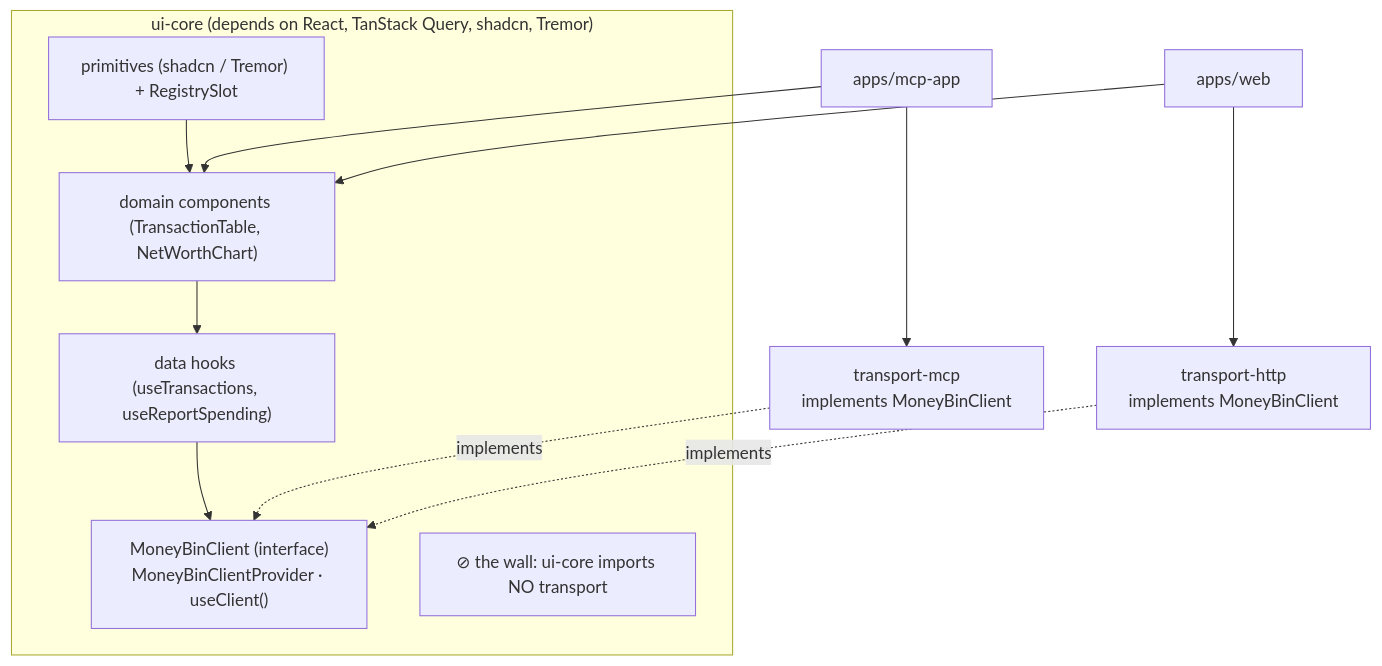
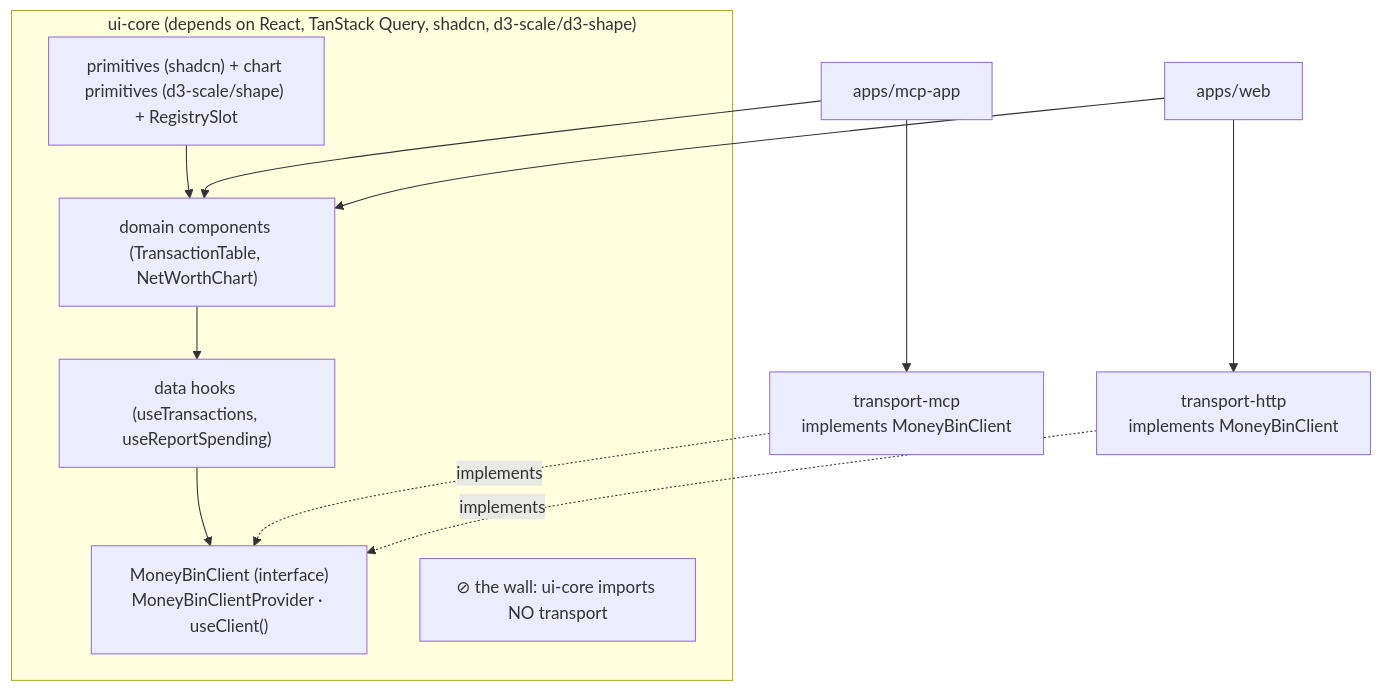
Before and after one commit to bsaffel/moneybin: the first of 3 diagrams in docs/specs/ui-architecture.md, drawn with Mermaid. The commit also changed other lines of this file and 4 other files, not shown here.

First line of the commit message:
Record house-SVG charting decision; drop Tremor from ADR-014 (#331)

````diff
--- a/docs/specs/ui-architecture.md
+++ b/docs/specs/ui-architecture.md
@@ -83,23 +83,23 @@
 ```mermaid
 flowchart TB
-    subgraph core["ui-core (depends on React, TanStack Query, shadcn, Tremor)"]
+    subgraph core["ui-core (depends on React, TanStack Query, shadcn, d3-scale/d3-shape)"]
         iface["MoneyBinClient (interface)<br/>MoneyBinClientProvider · useClient()"]
         hooks["data hooks (useTransactions, useReportSpending)"]
         comps["domain components (TransactionTable, NetWorthChart)"]
-        prims["primitives (shadcn / Tremor) + RegistrySlot"]
+        prims["primitives (shadcn) + chart primitives (d3-scale/shape) + RegistrySlot"]
         wall["⊘ the wall: ui-core imports NO transport"]
         prims --> comps --> hooks --> iface
     end
 
     tmcp["transport-mcp<br/>implements MoneyBinClient"]
     thttp["transport-http<br/>implements MoneyBinClient"]
     appmcp["apps/mcp-app"]
     appweb["apps/web"]
 
     tmcp -. implements .-> iface
     thttp -. implements .-> iface
     appmcp --> comps
     appmcp --> tmcp
     appweb --> comps
     appweb --> thttp
 ```
````
